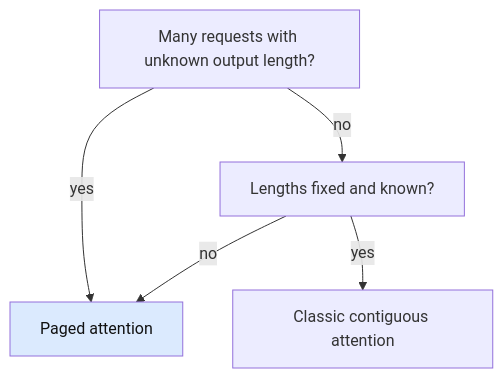
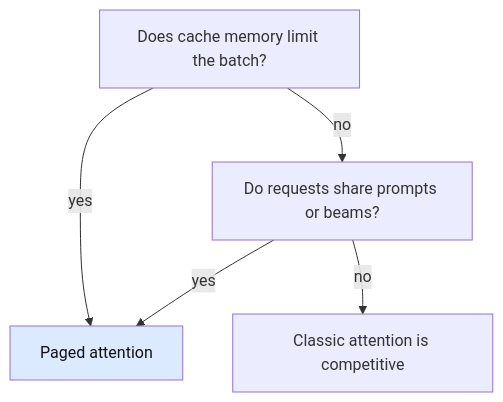
Before and after one commit to mengjiasun1992/sllmwiki-demo: the diagram in sllmwiki/narratives/how-does-classic-attention-compare-with-paged-attention-in-transformers.md, drawn with Mermaid. The commit also changed other lines of this file and 16 other files, not shown here.

````diff
--- a/sllmwiki/narratives/how-does-classic-attention-compare-with-paged-attention-in-transformers.md
+++ b/sllmwiki/narratives/how-does-classic-attention-compare-with-paged-attention-in-transformers.md
@@ -46,9 +50,9 @@
 ```mermaid
 flowchart TD
-    A[Many requests with unknown output length?] -->|yes| P[Paged attention]
-    A -->|no| B[Lengths fixed and known?]
-    B -->|yes| C[Classic contiguous attention]
-    B -->|no| P
+    A["Does cache memory limit the batch?"] -->|yes| P["Paged attention"]
+    A -->|no| B["Do requests share prompts or beams?"]
+    B -->|yes| P
+    B -->|no| C["Classic attention is competitive"]
     classDef pick fill:#dbeafe,color:#111
     class P pick
 ```
````
